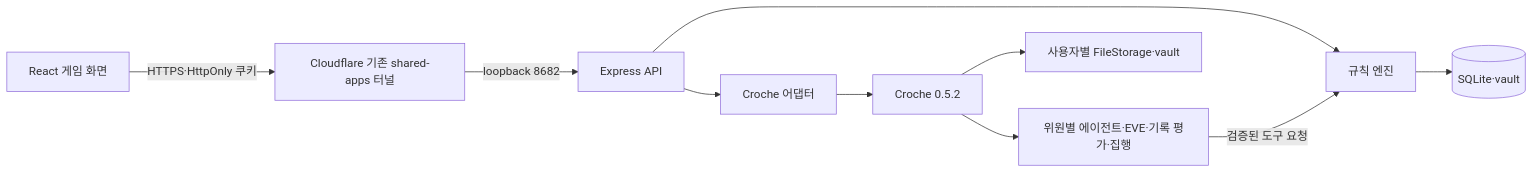
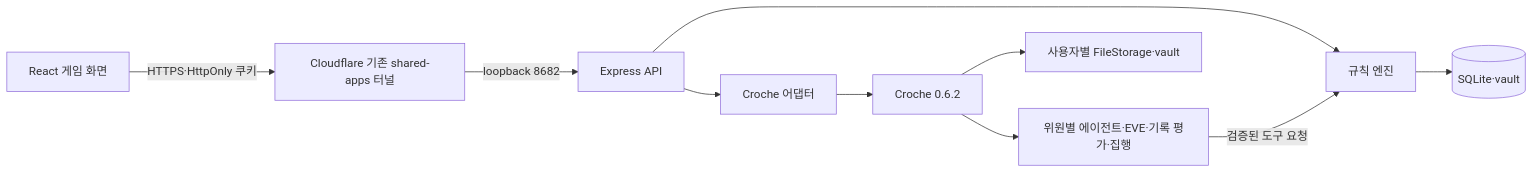
Before and after one commit to Arcosium/thelastvote: the first of 2 diagrams in docs/TECHNICAL.md, drawn with Mermaid. The commit also changed other lines of this file and 6 other files, not shown here.

````diff
--- a/docs/TECHNICAL.md
+++ b/docs/TECHNICAL.md
@@ -13,12 +13,12 @@
 ```mermaid
 flowchart LR
   Browser[React 게임 화면] -->|HTTPS·HttpOnly 쿠키| Tunnel[Cloudflare 기존 shared-apps 터널]
   Tunnel -->|loopback 8682| API[Express API]
   API --> Engine[규칙 엔진]
   Engine --> DB[(SQLite·vault)]
   API --> Bridge[Croche 어댑터]
-  Bridge --> SDK[Croche 0.5.2]
+  Bridge --> SDK[Croche 0.6.2]
   SDK --> Council[위원별 에이전트·EVE·기록 평가·집행]
   Council -->|검증된 도구 요청| Engine
   SDK --> Memory[사용자별 FileStorage·vault]
 ```
````
